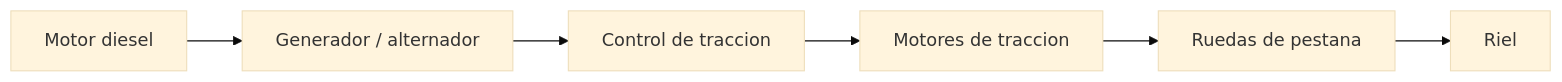
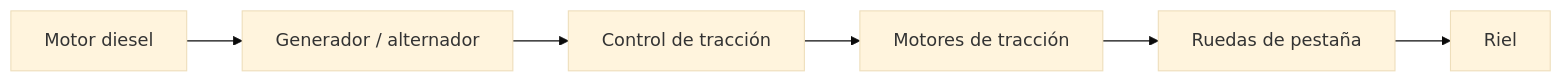
The diagram in vehiculos/tren-carga/recursos/recursos-tren-carga.md (vladimiracunadev-create/machine-operator-program), drawn with Mermaid (base theme) before and after one commit. The commit also changed other lines of this file and 442 other files, not shown here.

````diff
--- a/vehiculos/tren-carga/recursos/recursos-tren-carga.md
+++ b/vehiculos/tren-carga/recursos/recursos-tren-carga.md
@@ -29,8 +29,8 @@
 ```mermaid
 flowchart LR
     Diesel[Motor diesel] --> Generador[Generador / alternador]
-    Generador --> Control[Control de traccion]
-    Control --> Motores[Motores de traccion]
-    Motores --> Ruedas[Ruedas de pestana]
+    Generador --> Control[Control de tracción]
+    Control --> Motores[Motores de tracción]
+    Motores --> Ruedas[Ruedas de pestaña]
     Ruedas --> Riel[Riel]
 ```
````
